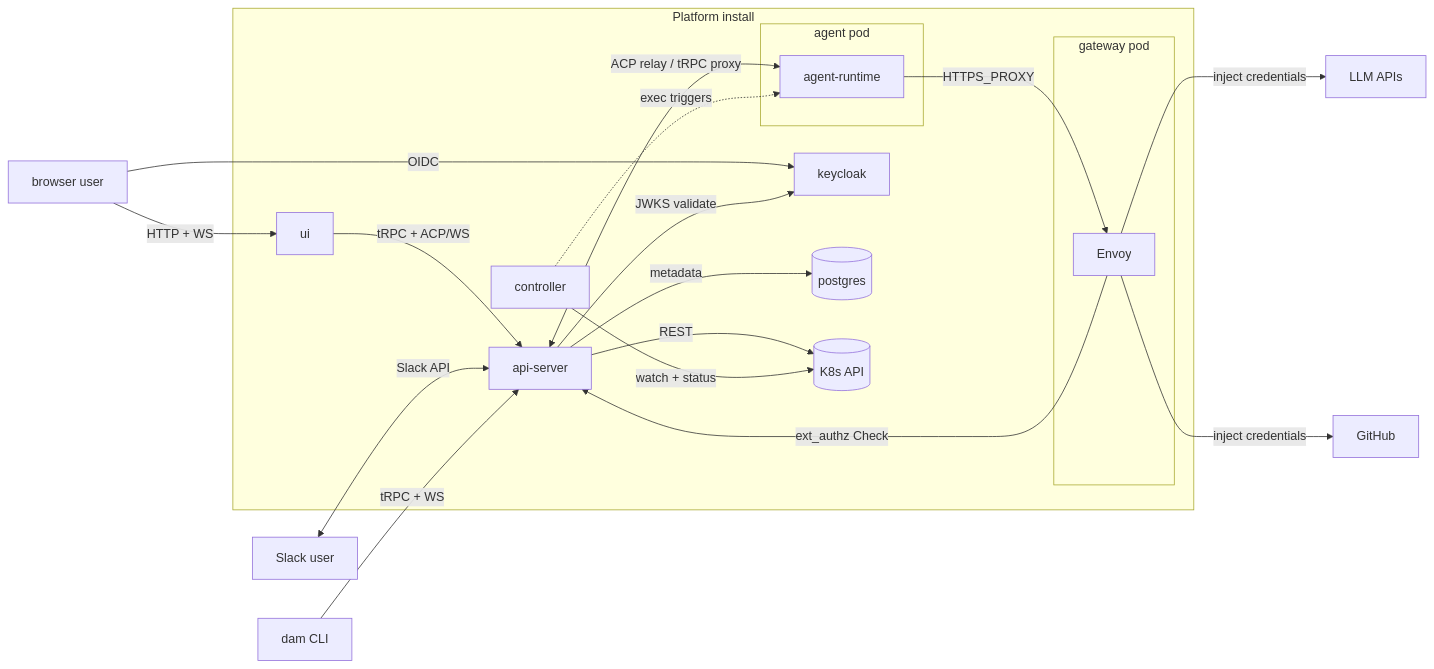
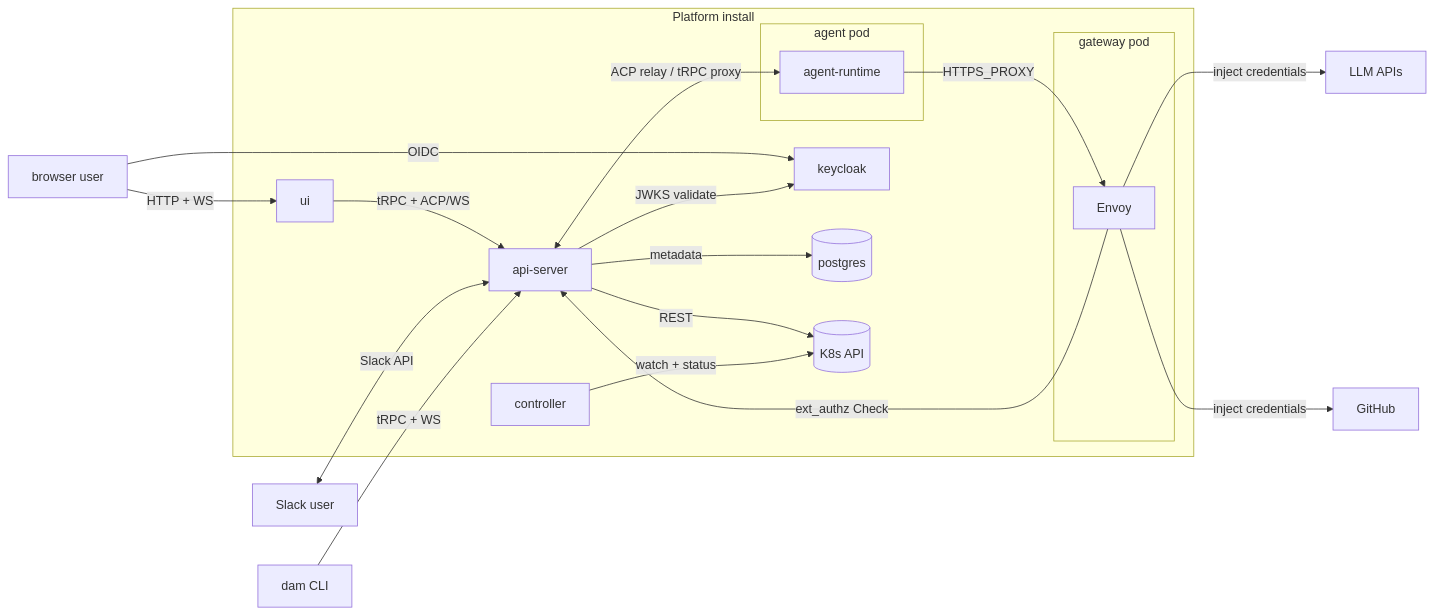
One commit to subbyte/dam changed the diagram in docs/architecture.md. Above: the diagram before and after it, drawn with Mermaid. The commit also changed other lines of this file and 3 other files, not shown here.

First line of the commit message:
docs(architecture): trigger delivery via runtime outbox, not controller exec (#900)

````diff
--- a/docs/architecture.md
+++ b/docs/architecture.md
@@ -7,44 +7,43 @@
 ```mermaid
 flowchart LR
   user[browser user]
   slack-user[Slack user]
   cli[dam CLI]
   llm[LLM APIs]
   github[GitHub]
 
   subgraph cluster[Platform install]
     ui[ui]
     api-server[api-server]
     controller[controller]
     keycloak[keycloak]
     postgres[(postgres)]
     k8s-api[(K8s API)]
     subgraph agentpod[agent pod]
       agent-runtime
     end
     subgraph gatewaypod[gateway pod]
       envoy[Envoy]
     end
   end
 
   user -->|HTTP + WS| ui
   ui -->|tRPC + ACP/WS| api-server
   user -->|OIDC| keycloak
 
   slack-user <-->|Slack API| api-server
 
   cli -->|tRPC + WS| api-server
 
   api-server <-->|ACP relay / tRPC proxy| agent-runtime
   api-server -->|REST| k8s-api
   api-server -->|JWKS validate| keycloak
   api-server -->|metadata| postgres
 
   controller -->|watch + status| k8s-api
-  controller -.exec triggers.-> agent-runtime
 
   agent-runtime -->|HTTPS_PROXY| envoy
   envoy -->|ext_authz Check| api-server
   envoy -->|inject credentials| llm
   envoy -->|inject credentials| github
 ```
````
